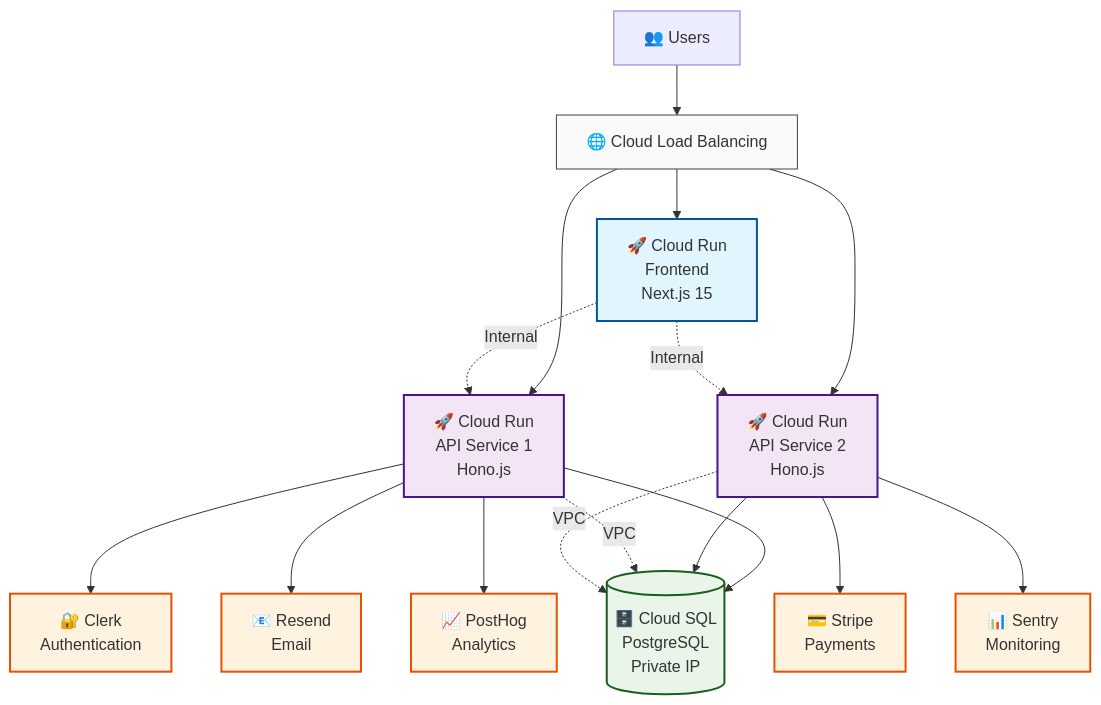
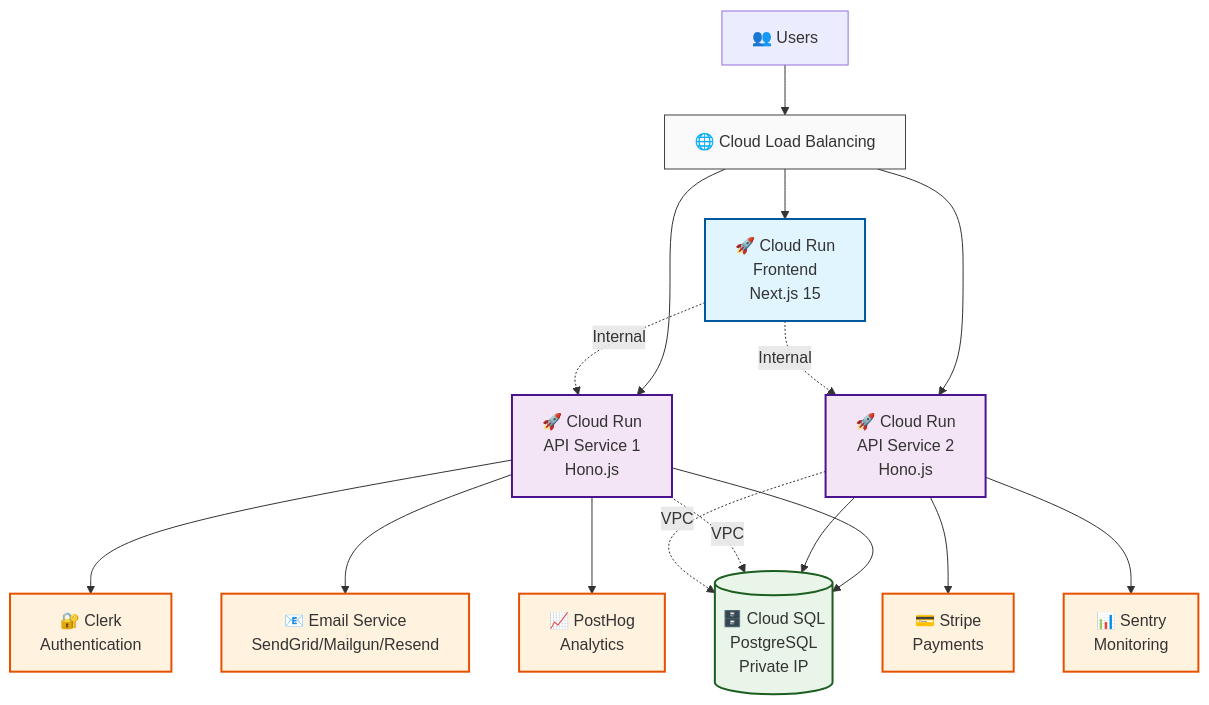
The diagram in specs/09_google_cloud_hosting.md (raphaelmansuy/modern_saas_template), drawn with Mermaid before and after one commit. The commit also changed other lines of this file and 2 other files, not shown here.

Commit message:
feat: update Google Cloud hosting strategy documentation; refine external services section and add email service alternatives analysis

````diff
--- a/specs/09_google_cloud_hosting.md
+++ b/specs/09_google_cloud_hosting.md
@@ -43,42 +43,42 @@
 ```mermaid
 graph TB
     %% External Users
     User[👥 Users] --> CLB[🌐 Cloud Load Balancing]
     
     %% Frontend Layer
     CLB --> CRWeb[🚀 Cloud Run<br/>Frontend<br/>Next.js 15]
     
     %% API Layer
     CLB --> CRAPI1[🚀 Cloud Run<br/>API Service 1<br/>Hono.js]
     CLB --> CRAPI2[🚀 Cloud Run<br/>API Service 2<br/>Hono.js]
     
     %% Database Layer
     CRAPI1 --> CloudSQL[(🗄️ Cloud SQL<br/>PostgreSQL<br/>Private IP)]
     CRAPI2 --> CloudSQL
     
     %% External Services
     CRAPI1 --> Clerk[🔐 Clerk<br/>Authentication]
     CRAPI2 --> Stripe[💳 Stripe<br/>Payments]
-    CRAPI1 --> Resend[📧 Resend<br/>Email]
+    CRAPI1 --> Email[📧 Email Service<br/>SendGrid/Mailgun/Resend]
     CRAPI2 --> Sentry[📊 Sentry<br/>Monitoring]
     CRAPI1 --> PostHog[📈 PostHog<br/>Analytics]
     
     %% Networking
     CRWeb -.->|Internal| CRAPI1
     CRWeb -.->|Internal| CRAPI2
     CRAPI1 -.->|VPC| CloudSQL
     CRAPI2 -.->|VPC| CloudSQL
     
     %% Styling
     classDef frontend fill:#e1f5fe,stroke:#01579b,stroke-width:2px
     classDef api fill:#f3e5f5,stroke:#4a148c,stroke-width:2px
     classDef database fill:#e8f5e8,stroke:#1b5e20,stroke-width:2px
     classDef external fill:#fff3e0,stroke:#e65100,stroke-width:2px
     classDef network fill:#fafafa,stroke:#424242,stroke-width:1px
     
     class CRWeb frontend
     class CRAPI1,CRAPI2 api
     class CloudSQL database
-    class Clerk,Stripe,Resend,Sentry,PostHog external
+    class Clerk,Stripe,Email,Sentry,PostHog external
     class CLB network
 ```
````
